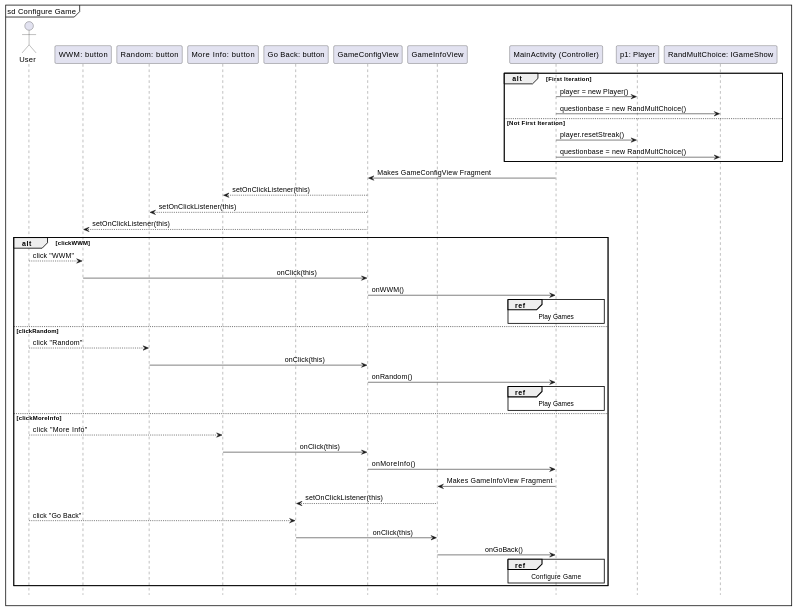
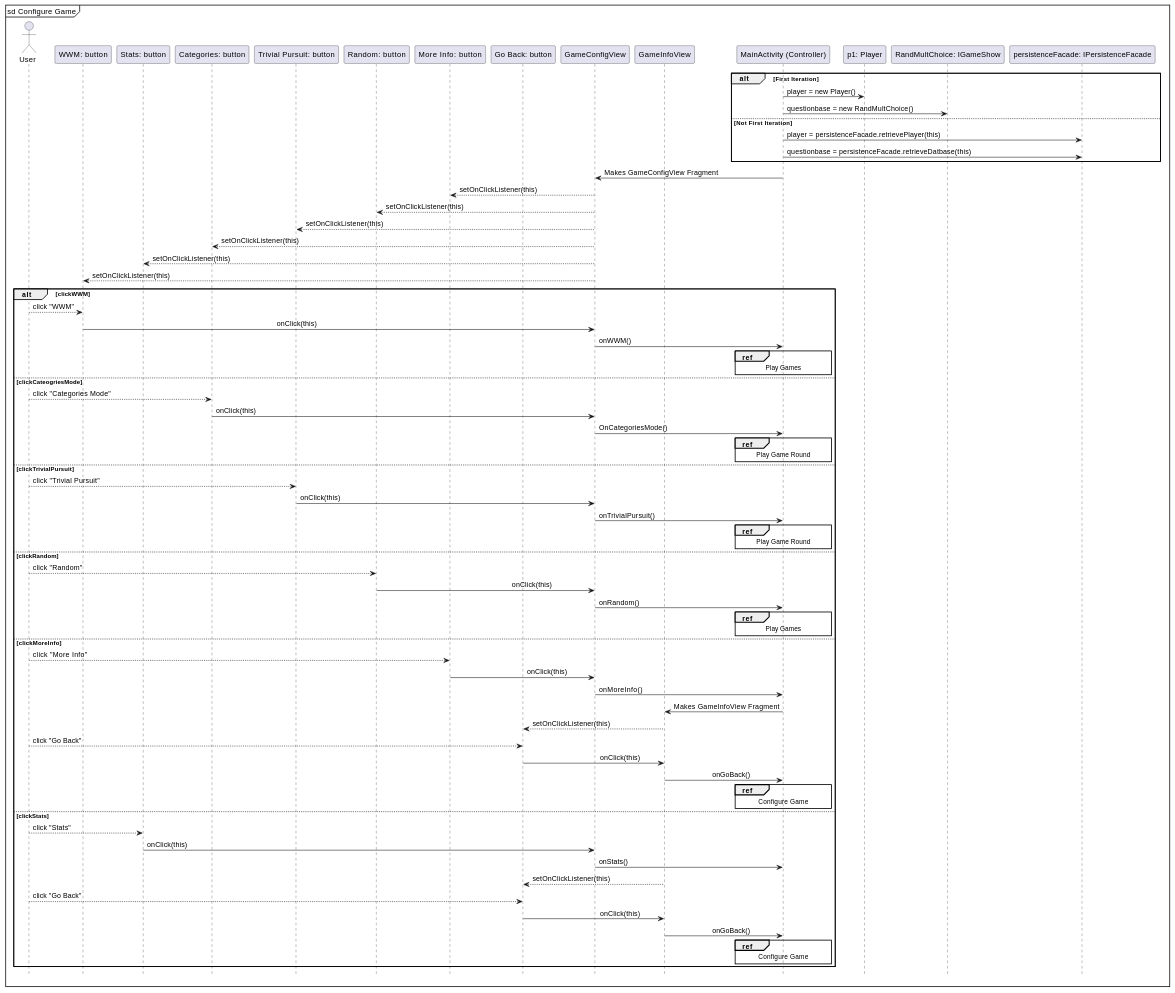
The second of 4 diagrams in android-studio-project/doc/design.md (aczar09/Trivia-Game-Android), drawn with PlantUML before and after one commit. The commit also changed 4 other files, not shown here.

Commit message:
Made sequence diagram change

````diff
--- a/android-studio-project/doc/design.md
+++ b/android-studio-project/doc/design.md
@@ -355,6 +354,9 @@
 mainFrame sd Configure Game
 actor us as "User"
 participant wwmb as "WWM: button"
+participant stb as "Stats: button"
+participant cmb as "Categories: button"
+participant tpb as "Trivial Pursuit: button"
 participant rand as "Random: button"
 participant ginfo as "More Info: button"
 participant gback as "Go Back: button"
@@ -363,16 +365,20 @@
 participant clr as "MainActivity (Controller)"
 participant p1 as "p1: Player"
 participant gs as "RandMultChoice: IGameShow"
+participant pf as "persistenceFacade: IPersistenceFacade"
 alt First Iteration
 clr -> p1 :player = new Player()
 clr -> gs: questionbase = new RandMultChoice()
 else Not First Iteration
-clr -> p1: player.resetStreak()
-clr -> gs: questionbase = new RandMultChoice()
+clr -> pf: player = persistenceFacade.retrievePlayer(this)
+clr -> pf: questionbase = persistenceFacade.retrieveDatbase(this)
 end
 clr -> GCV: Makes GameConfigView Fragment
 GCV --> ginfo: setOnClickListener(this)
 GCV --> rand: setOnClickListener(this)
+GCV --> tpb: setOnClickListener(this)
+GCV --> cmb: setOnClickListener(this)
+GCV --> stb: setOnClickListener(this)
 GCV --> wwmb: setOnClickListener(this)
 alt clickWWM
 us --> wwmb: click "WWM"
@@ -381,6 +387,23 @@
 ref over clr
 Play Games
 end
+else clickCateogriesMode
+us --> cmb: click "Categories Mode"
+cmb -> GCV: onClick(this)
+GCV -> clr: OnCategoriesMode()
+ref over clr
+Play Game Round
+end 
+else clickTrivialPursuit
+us --> tpb: click "Trivial Pursuit"
+tpb -> GCV: onClick(this)
+GCV -> clr: onTrivialPursuit()
+ref over clr
+Play Game Round
+end
+
+
+
 else  clickRandom
 us --> rand: click "Random"
 rand -> GCV: \t\t\t\t\t\t\t\t\tonClick(this)
@@ -400,6 +423,17 @@
 ref over clr
 Configure Game
 end
+else clickStats
+us --> stb: click "Stats"
+stb -> GCV: onClick(this)
+GCV -> clr: onStats()
+MIV --> gback:setOnClickListener(this)
+us --> gback: click "Go Back"
+gback -> MIV: \t\t\t\t\tonClick(this)
+MIV -> clr:\t\t\tonGoBack()
+ref over clr
+Configure Game
+end
 end
 @endUML
 ```
````
